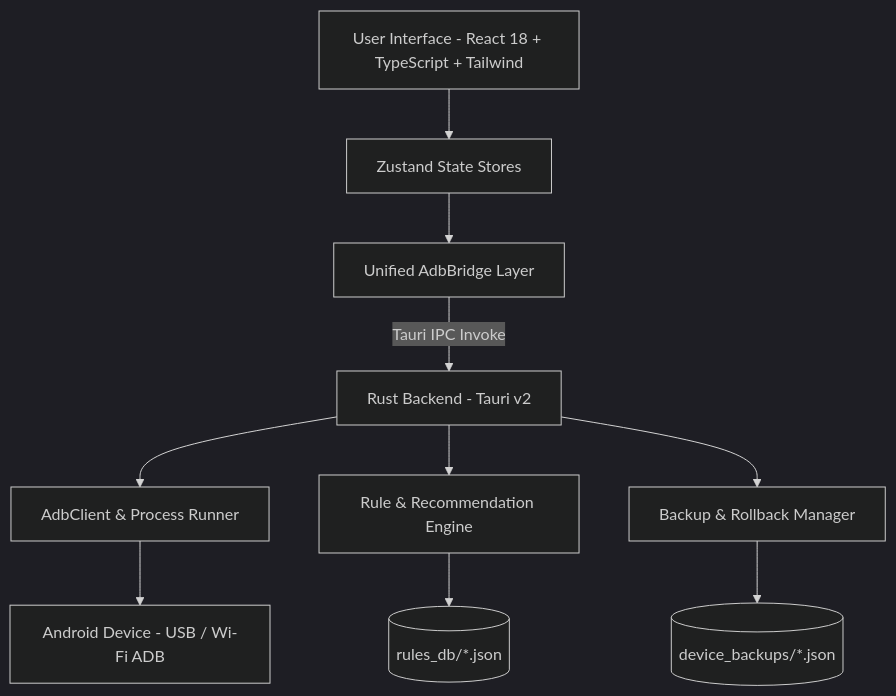
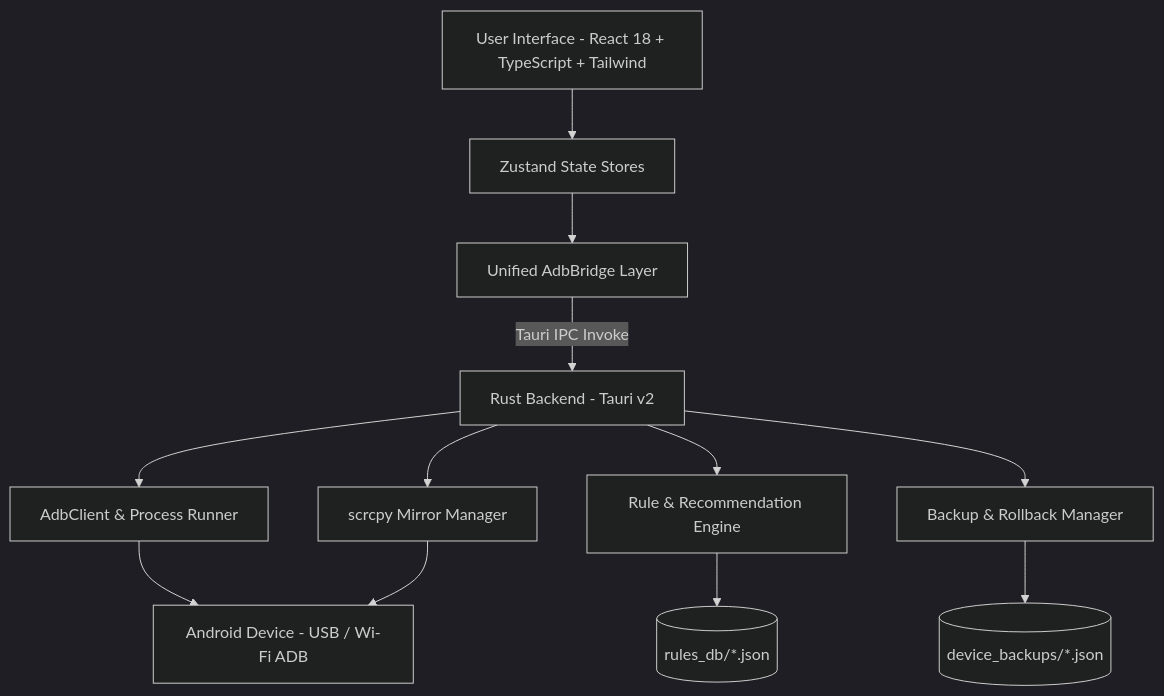
One commit to burakzdgn/NexusTweak changed the diagram in README.md. Above: the diagram before and after it, drawn with Mermaid (dark theme). The commit also changed other lines of this file and 11 other files, not shown here.

````diff
--- a/README.md
+++ b/README.md
@@ -113,12 +120,14 @@
 ```mermaid
 graph TD
     A[User Interface - React 18 + TypeScript + Tailwind] --> B[Zustand State Stores]
     B --> C[Unified AdbBridge Layer]
     C -->|Tauri IPC Invoke| D[Rust Backend - Tauri v2]
     D --> E[AdbClient & Process Runner]
-    D --> F[Rule & Recommendation Engine]
-    D --> G[Backup & Rollback Manager]
-    E --> H[Android Device - USB / Wi-Fi ADB]
-    G --> I[(device_backups/*.json)]
-    F --> J[(rules_db/*.json)]
+    D --> F[scrcpy Mirror Manager]
+    D --> G[Rule & Recommendation Engine]
+    D --> H[Backup & Rollback Manager]
+    E --> I[Android Device - USB / Wi-Fi ADB]
+    F --> I
+    H --> J[(device_backups/*.json)]
+    G --> K[(rules_db/*.json)]
 ```
````
